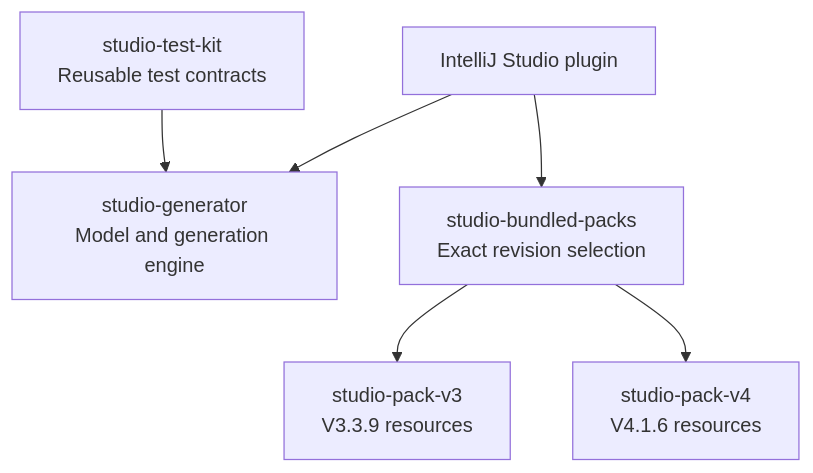
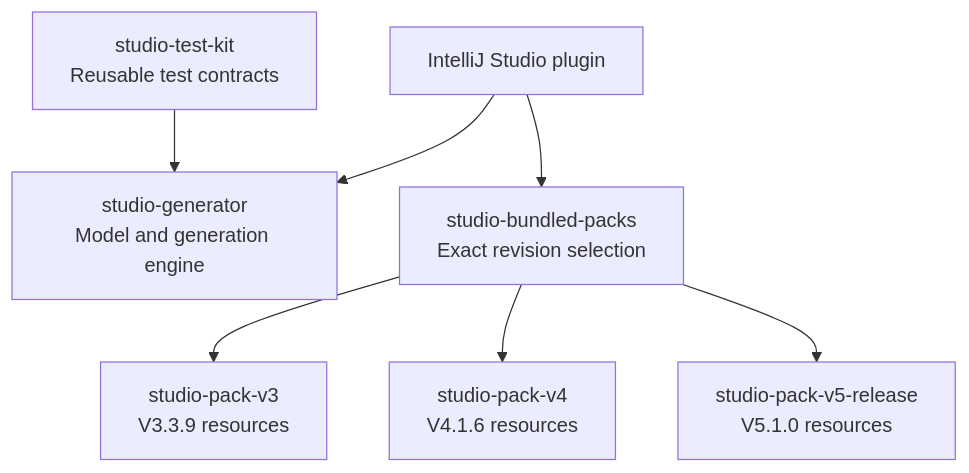
One commit to ikasanEIP/IkasanStudio changed the diagram in docs/IndependentMetaPackArtifacts.md. Above: the diagram before and after it, drawn with Mermaid. The commit also changed other lines of this file and 848 other files, not shown here.

````diff
--- a/docs/IndependentMetaPackArtifacts.md
+++ b/docs/IndependentMetaPackArtifacts.md
@@ -24,8 +27,9 @@
 ```mermaid
 flowchart TB
     P["IntelliJ Studio plugin"] --> G["studio-generator<br/>Model and generation engine"]
     P --> B["studio-bundled-packs<br/>Exact revision selection"]
     B --> V3["studio-pack-v3<br/>V3.3.9 resources"]
     B --> V4["studio-pack-v4<br/>V4.1.6 resources"]
+    B --> V5["studio-pack-v5-release<br/>V5.1.0 resources"]
     T["studio-test-kit<br/>Reusable test contracts"] --> G
 ```
````
